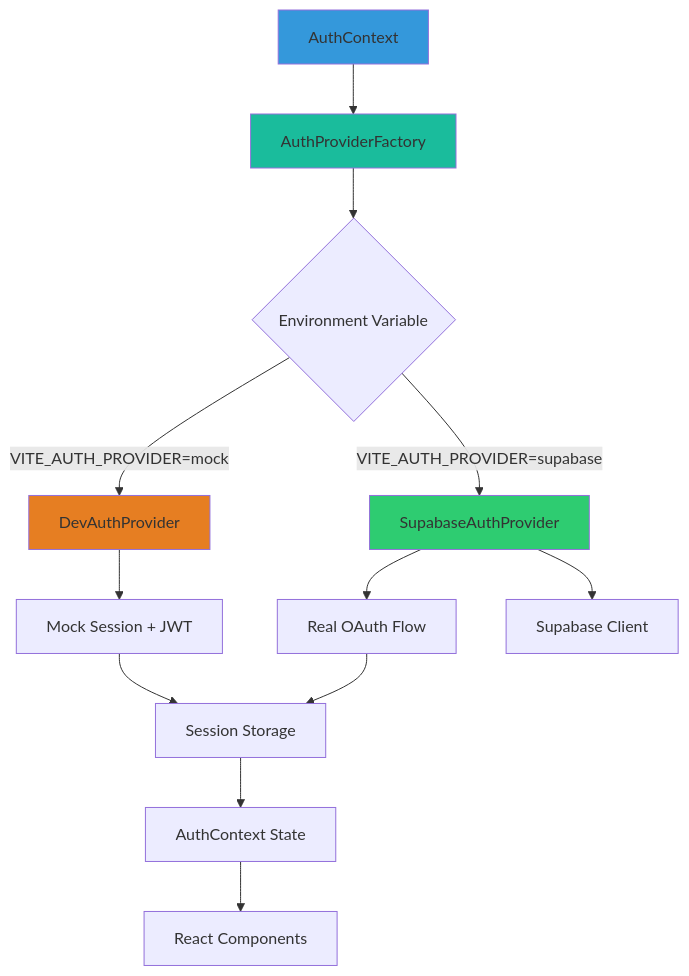
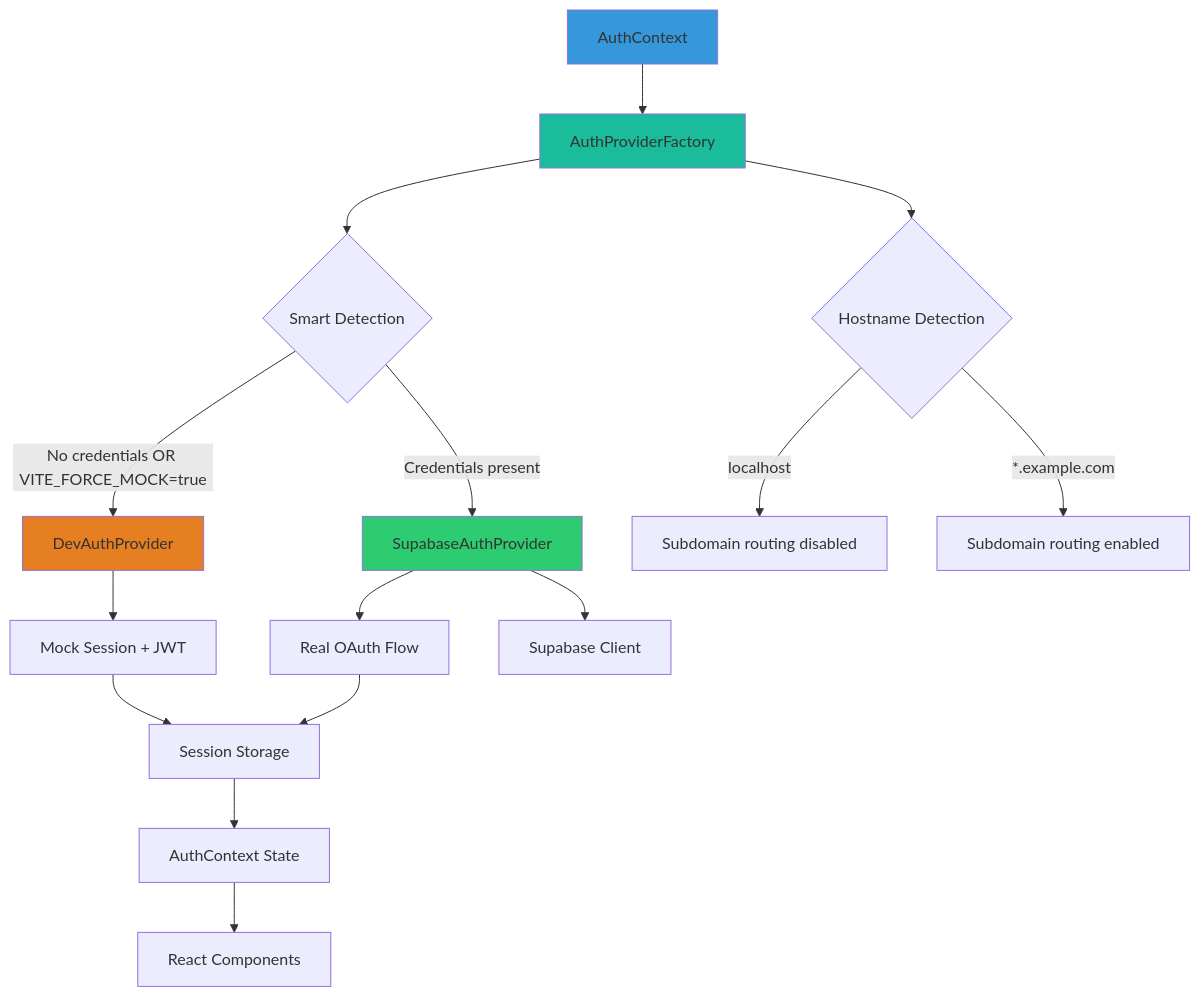
Before and after one commit to Analytics4Change/A4C-AppSuite: the first of 2 diagrams in documentation/architecture/authentication/frontend-auth-architecture.md, drawn with Mermaid. The commit also changed other lines of this file and 12 other files, not shown here.

First line of the commit message:
feat(frontend): Implement smart detection for auth mode and subdomain routing

````diff
--- a/documentation/architecture/authentication/frontend-auth-architecture.md
+++ b/documentation/architecture/authentication/frontend-auth-architecture.md
@@ -60,22 +61,26 @@
 ```mermaid
 graph TD
     A[AuthContext] --> B[AuthProviderFactory]
-    B --> C{Environment Variable}
-    C -->|VITE_AUTH_PROVIDER=mock| D[DevAuthProvider]
-    C -->|VITE_AUTH_PROVIDER=supabase| E[SupabaseAuthProvider]
+    B --> C{Smart Detection}
+    C -->|No credentials OR VITE_FORCE_MOCK=true| D[DevAuthProvider]
+    C -->|Credentials present| E[SupabaseAuthProvider]
 
     D --> F[Mock Session + JWT]
     E --> G[Real OAuth Flow]
     E --> H[Supabase Client]
 
     F --> I[Session Storage]
     G --> I
 
     I --> J[AuthContext State]
     J --> K[React Components]
 
+    B --> L{Hostname Detection}
+    L -->|localhost| M[Subdomain routing disabled]
+    L -->|*.example.com| N[Subdomain routing enabled]
+
     style A fill:#3498db
     style B fill:#1abc9c
     style D fill:#e67e22
     style E fill:#2ecc71
 ```
````
